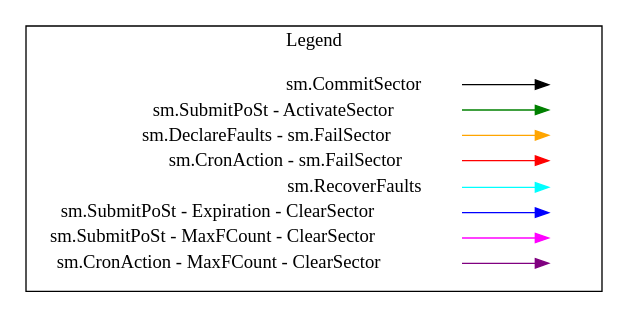
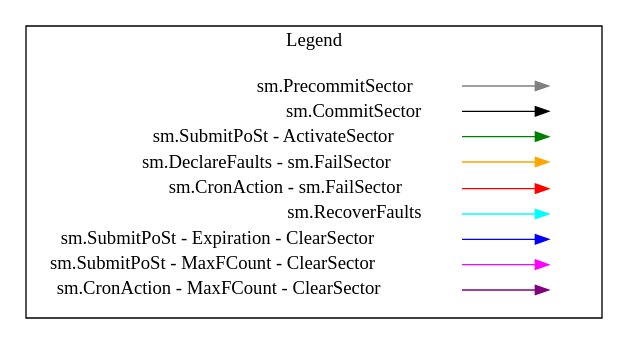
One commit to filecoin-project/specs changed the diagram in src/systems/filecoin_mining/storage_mining/diagrams/sector_state_legend.dot. Above: the diagram before and after it, drawn with Graphviz. The commit also changed 4 other files, not shown here.

Commit message:
sector state: update fsm diagram

```diff
--- a/src/systems/filecoin_mining/storage_mining/diagrams/sector_state_legend.dot
+++ b/src/systems/filecoin_mining/storage_mining/diagrams/sector_state_legend.dot
@@ -1,44 +1,47 @@
 digraph {
   rankdir=LR
   node [shape=plaintext]
   subgraph cluster_01 {
     // black: sm.CommitSector
     // green: sm.SubmitPoSt - ActivateSectors
     // orange: sm.DeclareFaults - sm.FailSector
     // red: sm.CronAction - sm.FailSector
     // cyan: sm.RecoverFaults
     // blue: sm.SubmitPoSt - Expiration - ClearSector
     // magenta: sm.SubmitPoSt - MaxFCount - ClearSector
     // purple: sm.CronAction - MaxFCount - ClearSector
     label = "Legend";
     key [label=<<table border="0" cellpadding="2" cellspacing="0" cellborder="0">
+      <tr><td align="right" port="i0">sm.PrecommitSector</td></tr>
       <tr><td align="right" port="i1">sm.CommitSector</td></tr>
       <tr><td align="right" port="i2">sm.SubmitPoSt - ActivateSector</td></tr>
       <tr><td align="right" port="i3">sm.DeclareFaults - sm.FailSector</td></tr>
       <tr><td align="right" port="i4">sm.CronAction - sm.FailSector</td></tr>
       <tr><td align="right" port="i5">sm.RecoverFaults</td></tr>
       <tr><td align="right" port="i6">sm.SubmitPoSt - Expiration - ClearSector</td></tr>
       <tr><td align="right" port="i7">sm.SubmitPoSt - MaxFCount - ClearSector</td></tr>
       <tr><td align="right" port="i8">sm.CronAction - MaxFCount - ClearSector</td></tr>
 
       </table>>]
     key2 [label=<<table border="0" cellpadding="2" cellspacing="0" cellborder="0">
+      <tr><td port="i0">&nbsp;</td></tr>
       <tr><td port="i1">&nbsp;</td></tr>
       <tr><td port="i2">&nbsp;</td></tr>
       <tr><td port="i3">&nbsp;</td></tr>
       <tr><td port="i4">&nbsp;</td></tr>
       <tr><td port="i5">&nbsp;</td></tr>
       <tr><td port="i6">&nbsp;</td></tr>
       <tr><td port="i7">&nbsp;</td></tr>
       <tr><td port="i8">&nbsp;</td></tr>
       </table>>]
+    key:i0:e -> key2:i0:w [color=gray]
     key:i1:e -> key2:i1:w [color=black]
     key:i2:e -> key2:i2:w [color=green]
     key:i3:e -> key2:i3:w [color=orange]
     key:i4:e -> key2:i4:w [color=red]
     key:i5:e -> key2:i5:w [color=cyan]
     key:i6:e -> key2:i6:w [color=blue]
     key:i7:e -> key2:i7:w [color=magenta]
     key:i8:e -> key2:i8:w [color=purple]
   }
 }
```
